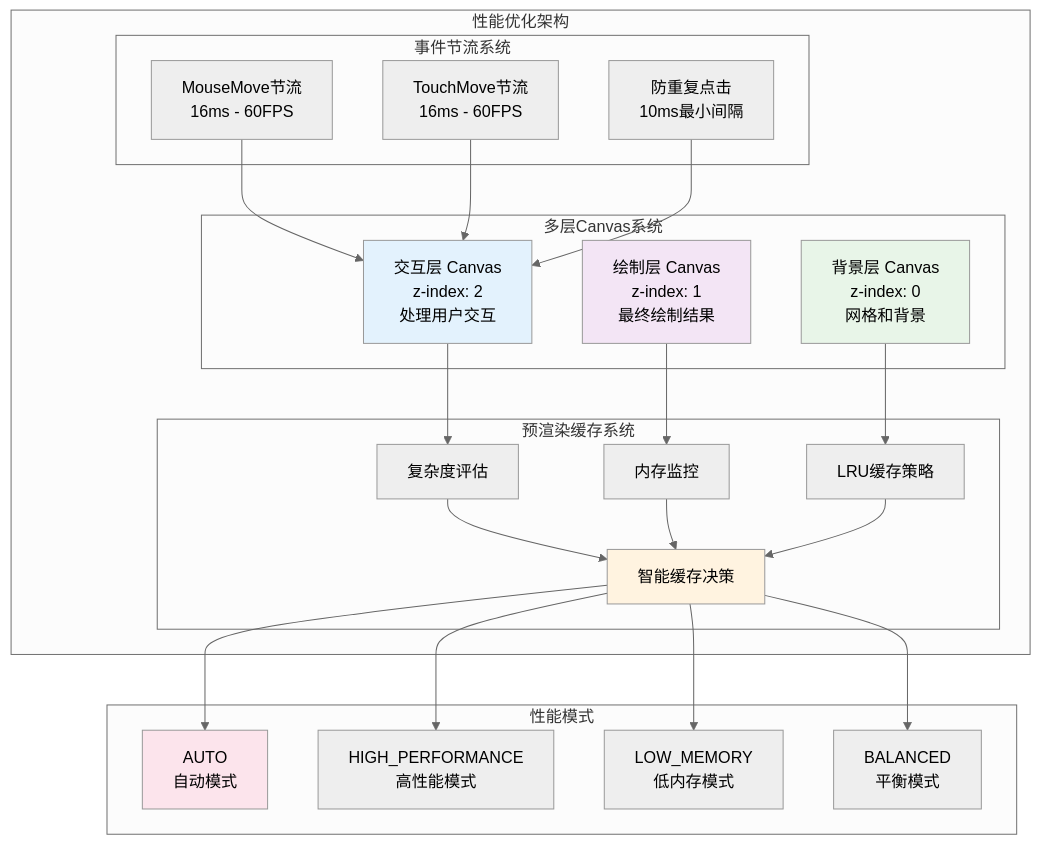
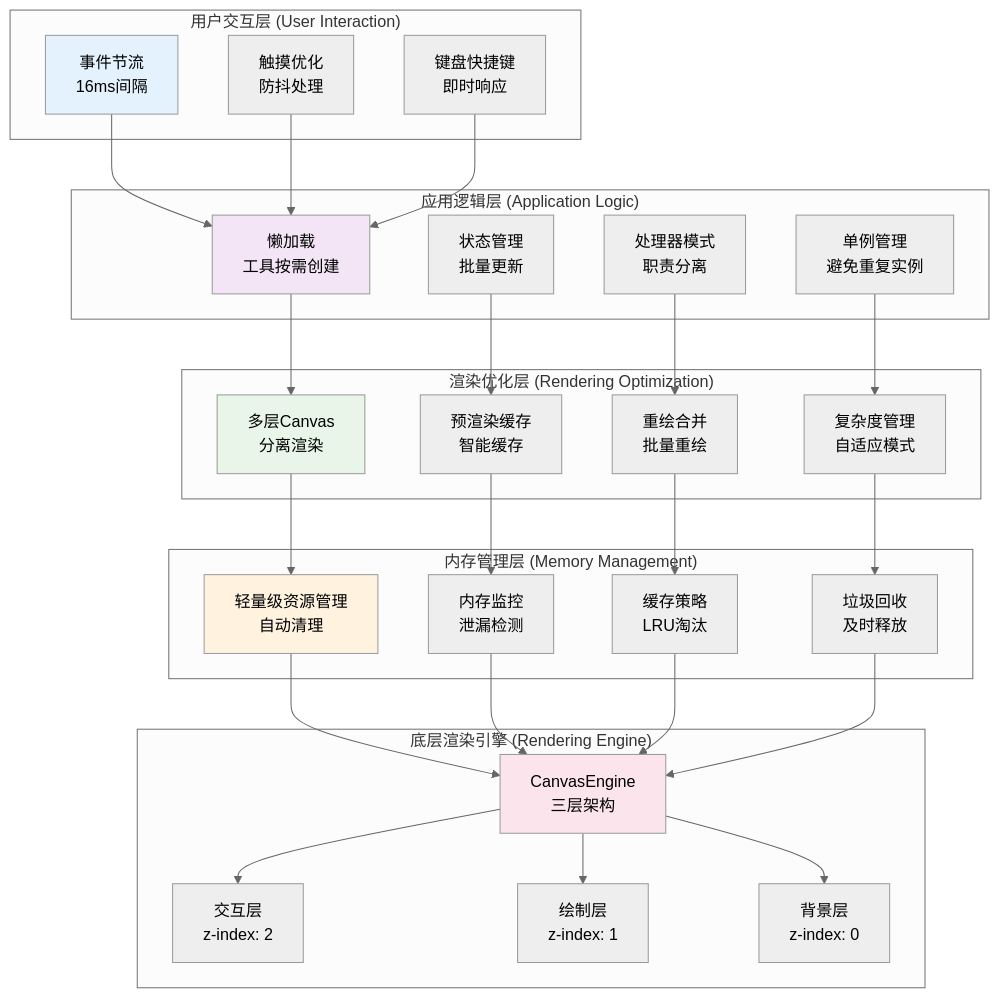
The diagram in docs/UML设计图/04_性能优化架构图.md (wuminghaozhan/drawBoard), drawn with Mermaid (neutral theme) before and after one commit. The commit also changed other lines of this file and 10 other files, not shown here.

````diff
--- a/docs/UML设计图/04_性能优化架构图.md
+++ b/docs/UML设计图/04_性能优化架构图.md
@@ -7,53 +7,65 @@
 ```mermaid
-graph TD
-    subgraph "性能优化架构"
-        subgraph "多层Canvas系统"
-            C1[交互层 Canvas<br/>z-index: 2<br/>处理用户交互]
-            C2[绘制层 Canvas<br/>z-index: 1<br/>最终绘制结果]
-            C3[背景层 Canvas<br/>z-index: 0<br/>网格和背景]
-        end
-        
-        subgraph "预渲染缓存系统"
-            PC1[复杂度评估]
-            PC2[内存监控]
-            PC3[LRU缓存策略]
-            PC4[智能缓存决策]
-        end
-        
-        subgraph "事件节流系统"
-            TH1[MouseMove节流<br/>16ms - 60FPS]
-            TH2[TouchMove节流<br/>16ms - 60FPS]
-            TH3[防重复点击<br/>10ms最小间隔]
-        end
+graph TB
+    subgraph "用户交互层 (User Interaction)"
+        UI1[事件节流<br/>16ms间隔]
+        UI2[触摸优化<br/>防抖处理]
+        UI3[键盘快捷键<br/>即时响应]
     end
     
-    subgraph "性能模式"
-        PM1[AUTO<br/>自动模式]
-        PM2[HIGH_PERFORMANCE<br/>高性能模式]
-        PM3[LOW_MEMORY<br/>低内存模式]
-        PM4[BALANCED<br/>平衡模式]
+    subgraph "应用逻辑层 (Application Logic)"
+        AL1[懒加载<br/>工具按需创建]
+        AL2[状态管理<br/>批量更新]
+        AL3[处理器模式<br/>职责分离]
+        AL4[单例管理<br/>避免重复实例]
     end
     
-    C1 --> PC1
-    C2 --> PC2
-    C3 --> PC3
+    subgraph "渲染优化层 (Rendering Optimization)"
+        RO1[多层Canvas<br/>分离渲染]
+        RO2[预渲染缓存<br/>智能缓存]
+        RO3[重绘合并<br/>批量重绘]
+        RO4[复杂度管理<br/>自适应模式]
+    end
     
-    PC1 --> PC4
-    PC2 --> PC4
-    PC3 --> PC4
+    subgraph "内存管理层 (Memory Management)"
+        MM1[轻量级资源管理<br/>自动清理]
+        MM2[内存监控<br/>泄漏检测]
+        MM3[缓存策略<br/>LRU淘汰]
+        MM4[垃圾回收<br/>及时释放]
+    end
     
-    PC4 --> PM1
-    PC4 --> PM2
-    PC4 --> PM3
-    PC4 --> PM4
+    subgraph "底层渲染引擎 (Rendering Engine)"
+        RE1[CanvasEngine<br/>三层架构]
+        RE2[交互层<br/>z-index: 2]
+        RE3[绘制层<br/>z-index: 1]
+        RE4[背景层<br/>z-index: 0]
+    end
     
-    TH1 --> C1
-    TH2 --> C1
-    TH3 --> C1
+    UI1 --> AL1
+    UI2 --> AL1
+    UI3 --> AL1
     
-    style C1 fill:#e3f2fd
-    style C2 fill:#f3e5f5
-    style C3 fill:#e8f5e8
-    style PC4 fill:#fff3e0
-    style PM1 fill:#fce4ec
+    AL1 --> RO1
+    AL2 --> RO2
+    AL3 --> RO3
+    AL4 --> RO4
+    
+    RO1 --> MM1
+    RO2 --> MM2
+    RO3 --> MM3
+    RO4 --> MM4
+    
+    MM1 --> RE1
+    MM2 --> RE1
+    MM3 --> RE1
+    MM4 --> RE1
+    
+    RE1 --> RE2
+    RE1 --> RE3
+    RE1 --> RE4
+    
+    style UI1 fill:#e3f2fd
+    style AL1 fill:#f3e5f5
+    style RO1 fill:#e8f5e8
+    style MM1 fill:#fff3e0
+    style RE1 fill:#fce4ec
 ```
````
